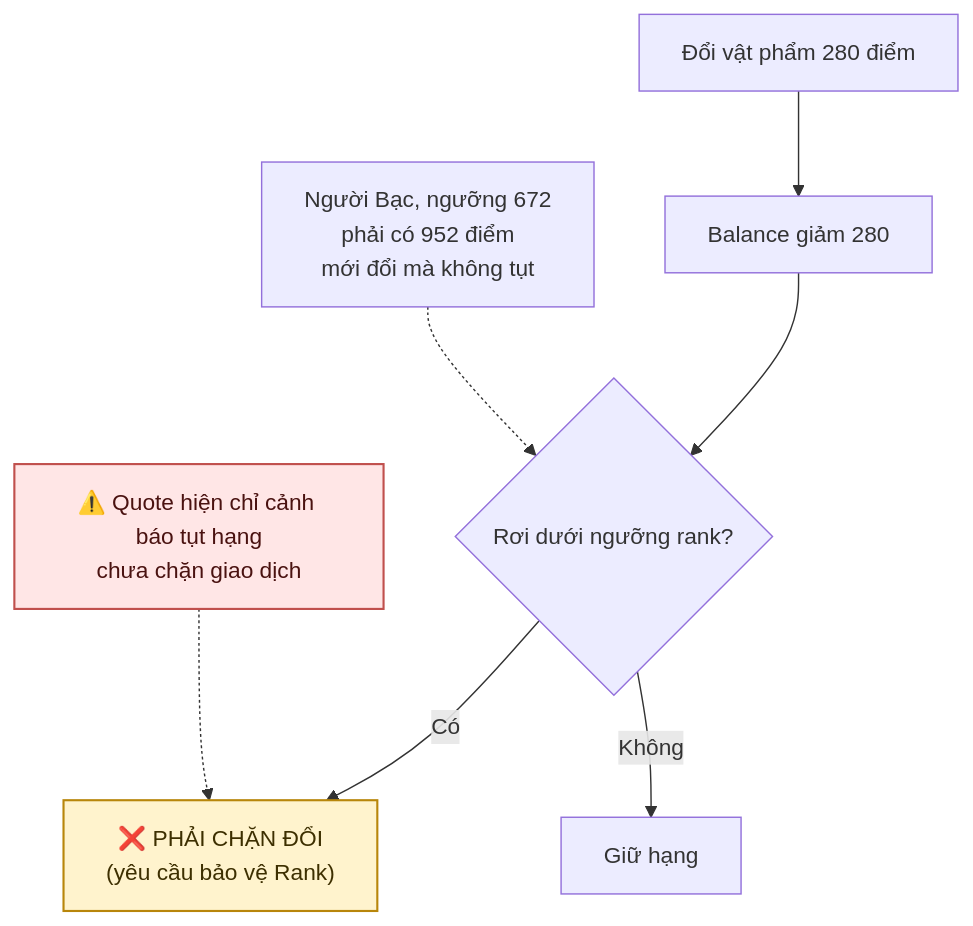
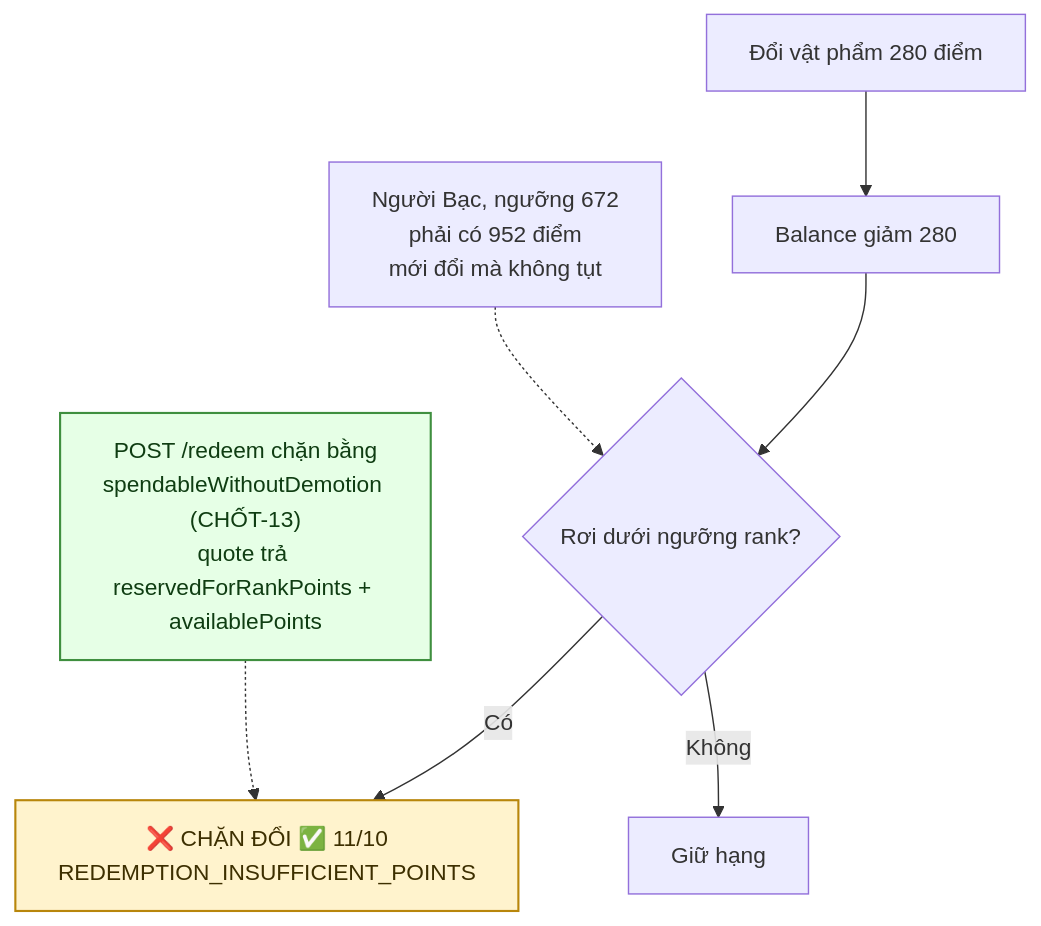
The fourth of 4 diagrams in docs/diagram/14-redemption.md (fdshn/trueheart), drawn with Mermaid before and after one commit. The commit also changed other lines of this file and 49 other files, not shown here.

````diff
--- a/docs/diagram/14-redemption.md
+++ b/docs/diagram/14-redemption.md
@@ -146,13 +149,13 @@
 ```mermaid
 flowchart TD
     A[Đổi vật phẩm 280 điểm] --> B[Balance giảm 280]
     B --> C{Rơi dưới ngưỡng rank?}
-    C -->|Có| D["❌ PHẢI CHẶN ĐỔI<br/>(yêu cầu bảo vệ Rank)"]
+    C -->|Có| D["❌ CHẶN ĐỔI ✅ 11/10<br/>REDEMPTION_INSUFFICIENT_POINTS"]
     C -->|Không| E[Giữ hạng]
 
     F["Người Bạc, ngưỡng 672<br/>phải có 952 điểm<br/>mới đổi mà không tụt"] -.-> C
-    G["⚠️ Quote hiện chỉ cảnh báo tụt hạng<br/>chưa chặn giao dịch"] -.-> D
+    G["POST /redeem chặn bằng<br/>spendableWithoutDemotion (CHỐT-13)<br/>quote trả reservedForRankPoints + availablePoints"] -.-> D
 
     style D fill:#fff3cd,stroke:#b8860b,stroke-width:1.5px,color:#3d2f00
-    style G fill:#ffe6e6,stroke:#c0504d,stroke-width:1.5px,color:#4a1210
+    style G fill:#e6ffe6,stroke:#3f8f3f,stroke-width:1.5px,color:#0f3d12
 ```
````
